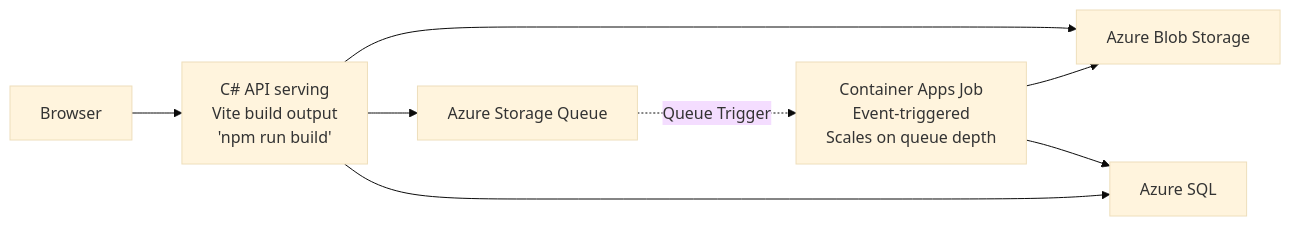
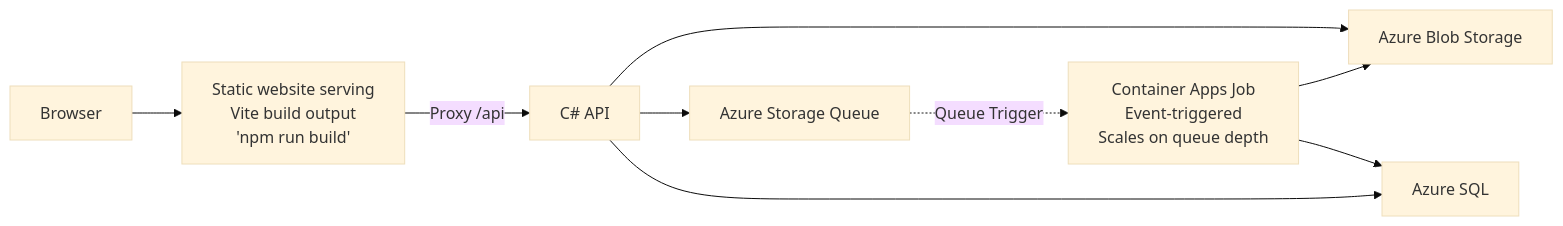
One commit to microsoft/aspire-samples changed the second of 2 diagrams in samples/image-gallery/README.md. Above: the diagram before and after it, drawn with Mermaid (base theme). The commit also changed other lines of this file and 34 other files, not shown here.

````diff
--- a/samples/image-gallery/README.md
+++ b/samples/image-gallery/README.md
@@ -20,10 +20,11 @@
 ```mermaid
 flowchart LR
-    Browser --> API[C# API serving<br/>Vite build output<br/>'npm run build']
+    Browser --> Frontend[Static website serving<br/>Vite build output<br/>'npm run build']
+    Frontend -->|Proxy /api| API[C# API]
     API --> Blobs[Azure Blob Storage]
     API --> Queue[Azure Storage Queue]
     API --> SQL[Azure SQL]
     Job[Container Apps Job<br/>Event-triggered<br/>Scales on queue depth] --> Blobs
     Job --> SQL
     Queue -.Queue Trigger.-> Job
 ```
````
